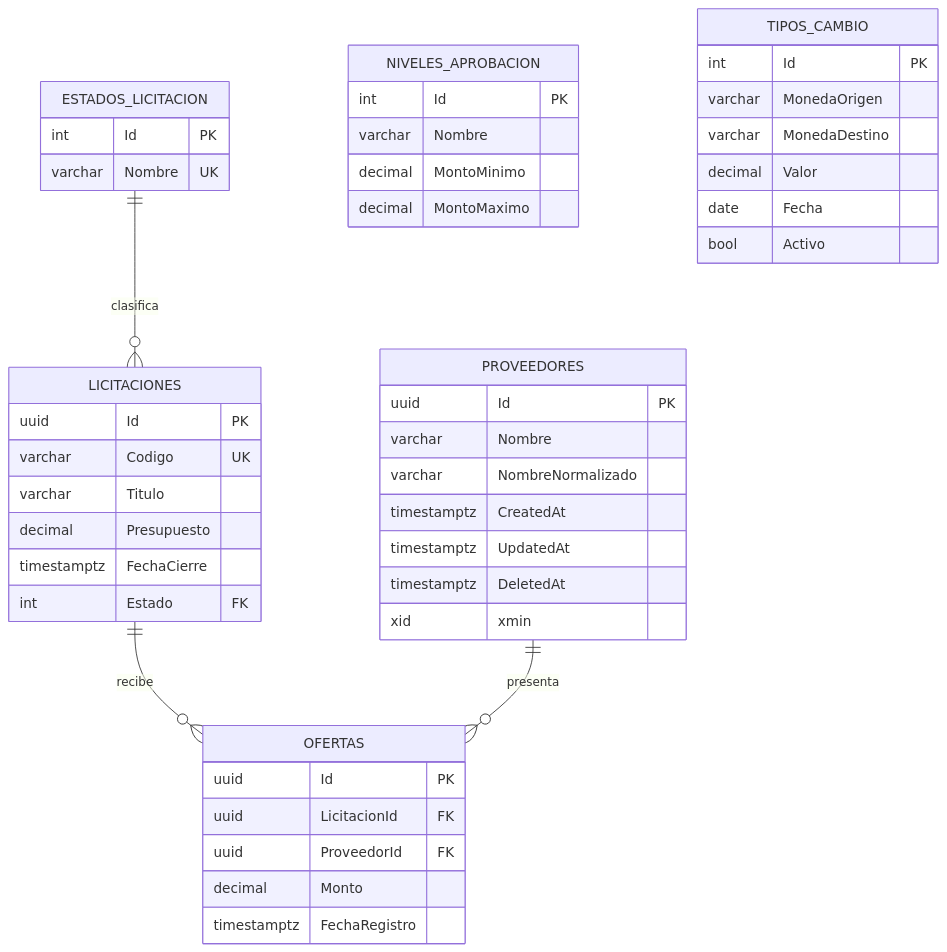
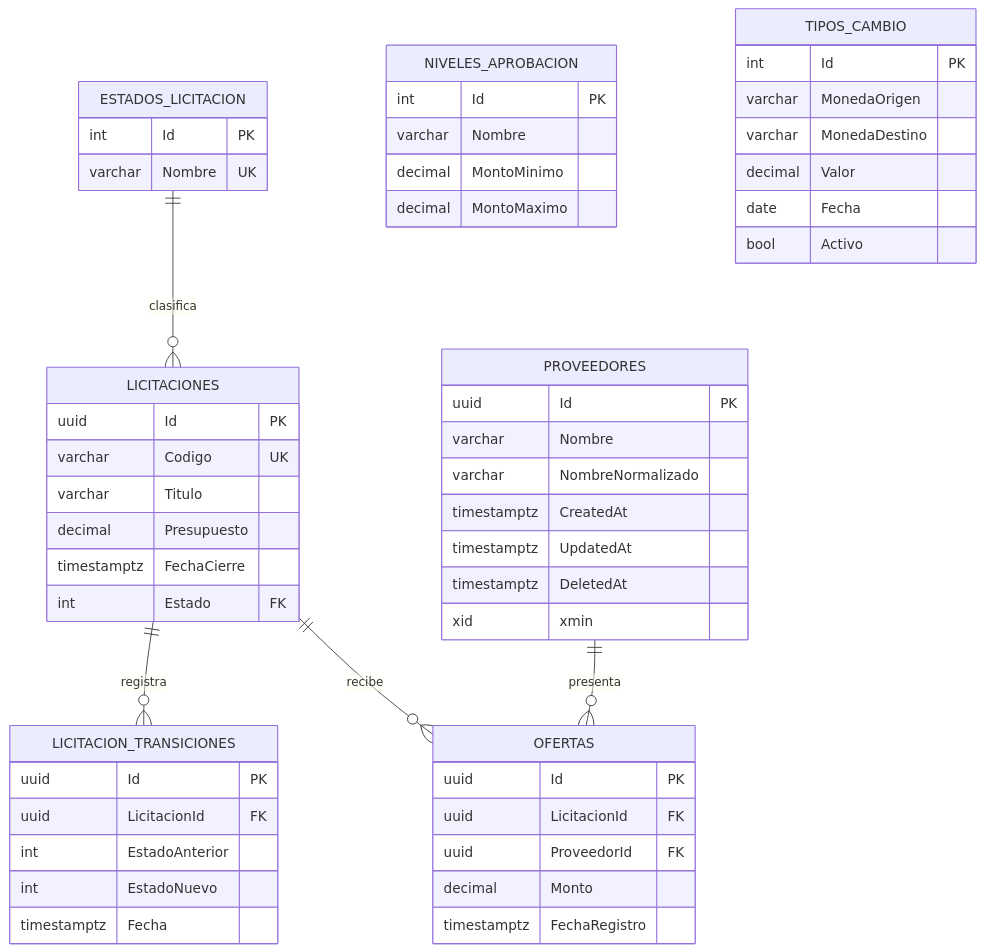
Before and after one commit to Seidy06/Sistema_Licitaciones_XP: the diagram in docs/modelo-datos.md, drawn with Mermaid. The commit also changed other lines of this file and 6 other files, not shown here.

````diff
--- a/docs/modelo-datos.md
+++ b/docs/modelo-datos.md
@@ -5,36 +5,42 @@
 ```mermaid
 erDiagram
     ESTADOS_LICITACION ||--o{ LICITACIONES : clasifica
+    LICITACIONES ||--o{ LICITACION_TRANSICIONES : registra
     LICITACIONES ||--o{ OFERTAS : recibe
     PROVEEDORES ||--o{ OFERTAS : presenta
     PROVEEDORES { uuid Id PK
         varchar Nombre
         varchar NombreNormalizado
         timestamptz CreatedAt
         timestamptz UpdatedAt
         timestamptz DeletedAt
         xid xmin }
     ESTADOS_LICITACION { int Id PK
         varchar Nombre UK }
     LICITACIONES { uuid Id PK
         varchar Codigo UK
         varchar Titulo
         decimal Presupuesto
         timestamptz FechaCierre
         int Estado FK }
+    LICITACION_TRANSICIONES { uuid Id PK
+        uuid LicitacionId FK
+        int EstadoAnterior
+        int EstadoNuevo
+        timestamptz Fecha }
     OFERTAS { uuid Id PK
         uuid LicitacionId FK
         uuid ProveedorId FK
         decimal Monto
         timestamptz FechaRegistro }
     NIVELES_APROBACION { int Id PK
         varchar Nombre
         decimal MontoMinimo
         decimal MontoMaximo }
     TIPOS_CAMBIO { int Id PK
         varchar MonedaOrigen
         varchar MonedaDestino
         decimal Valor
         date Fecha
         bool Activo }
 ```
````
